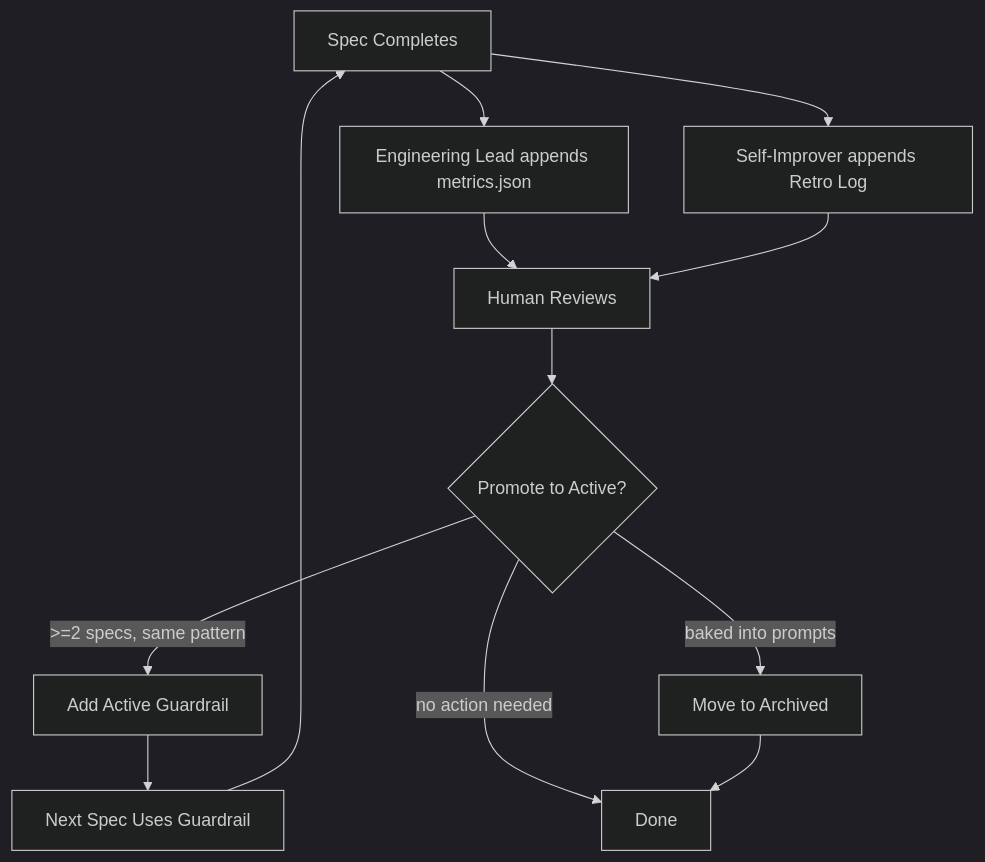
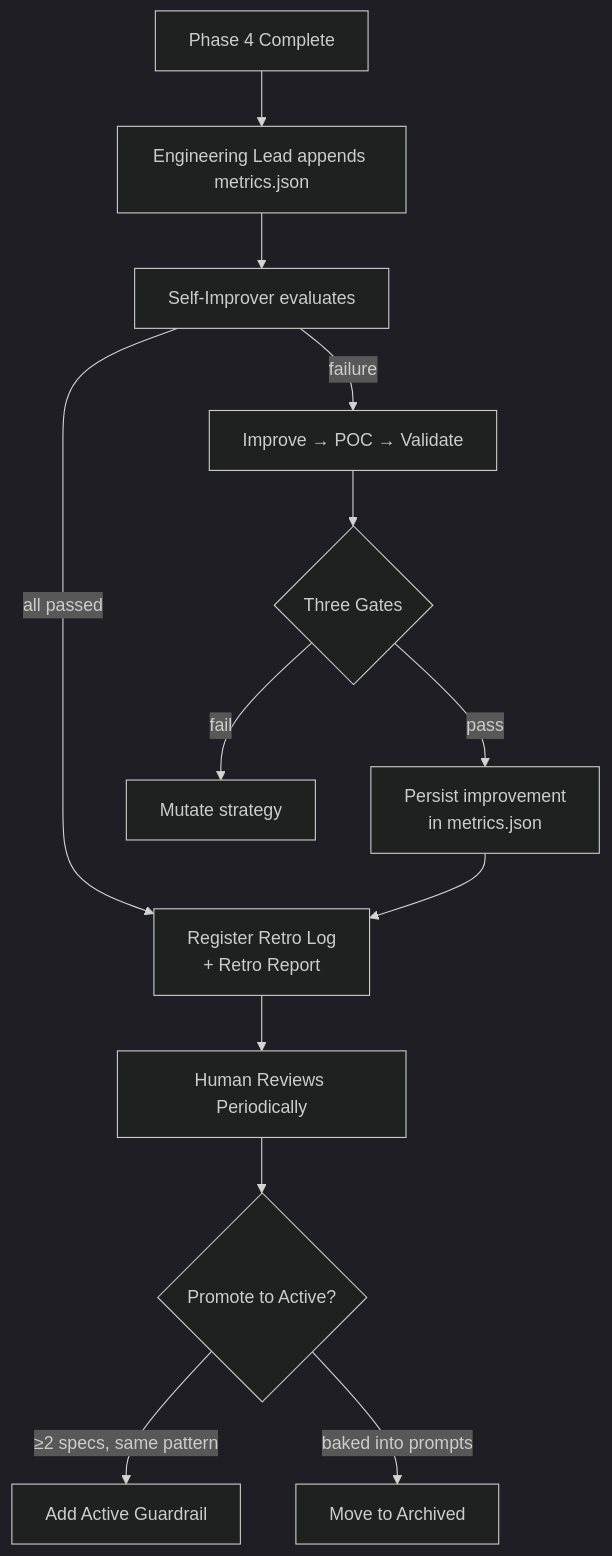
One commit to FredoAi/fredo changed the diagram in docs/workflow/06-metrics.md. Above: the diagram before and after it, drawn with Mermaid (dark theme). The commit also changed other lines of this file and 8 other files, not shown here.

````diff
--- a/docs/workflow/06-metrics.md
+++ b/docs/workflow/06-metrics.md
@@ -9,14 +9,19 @@
 ```mermaid
 flowchart TD
-    SPEC[Spec Completes] --> EL[Engineering Lead appends metrics.json]
-    SPEC --> SI[Self-Improver appends Retro Log]
-    EL --> HUMAN[Human Reviews]
-    SI --> HUMAN
+    P4[Phase 4 Complete] --> EL[Engineering Lead appends metrics.json]
+    EL --> SI[Self-Improver evaluates]
+
+    SI --> |all passed| SUCCESS[Register Retro Log<br/>+ Retro Report]
+    SI --> |failure| IMPROVE[Improve → POC → Validate]
+
+    IMPROVE --> GATE{Three Gates}
+    GATE --> |pass| PERSIST[Persist improvement<br/>in metrics.json]
+    GATE --> |fail| MUTATE[Mutate strategy]
+
+    PERSIST --> SUCCESS
+
+    SUCCESS --> HUMAN[Human Reviews Periodically]
     HUMAN --> PROMOTE{Promote to Active?}
-    PROMOTE --> |>=2 specs, same pattern| ACTIVE[Add Active Guardrail]
+    PROMOTE --> |≥2 specs, same pattern| ACTIVE[Add Active Guardrail]
     PROMOTE --> |baked into prompts| ARCHIVE[Move to Archived]
-    PROMOTE --> |no action needed| DONE[Done]
-    ACTIVE --> NEXT[Next Spec Uses Guardrail]
-    ARCHIVE --> DONE
-    NEXT --> SPEC
 ```
````
